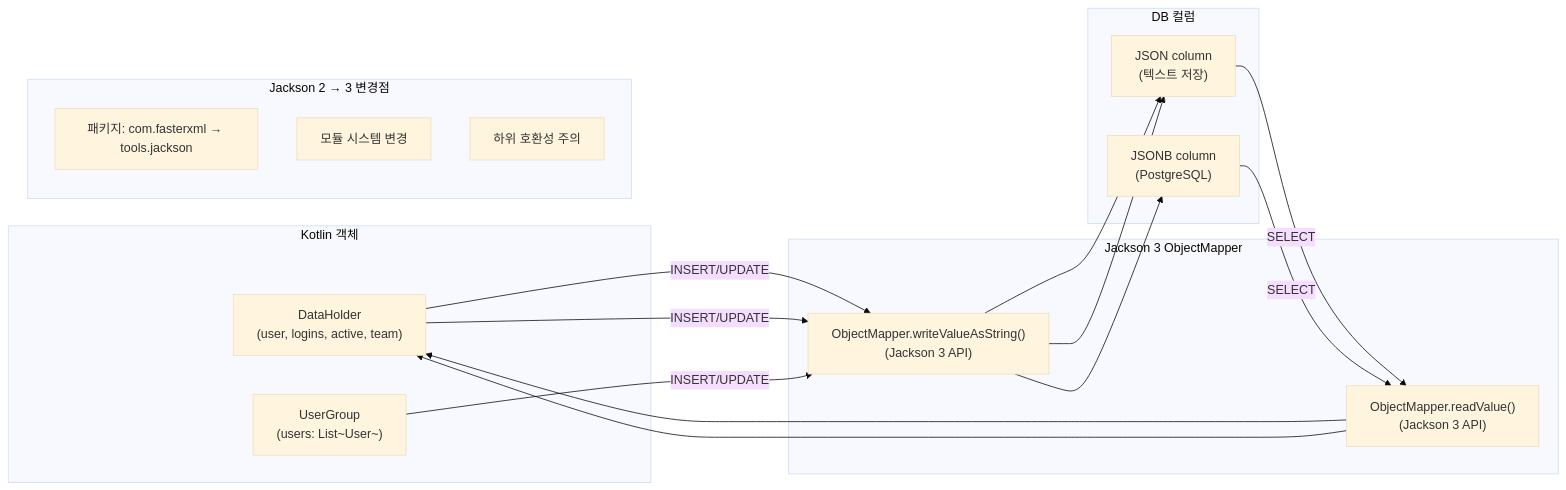
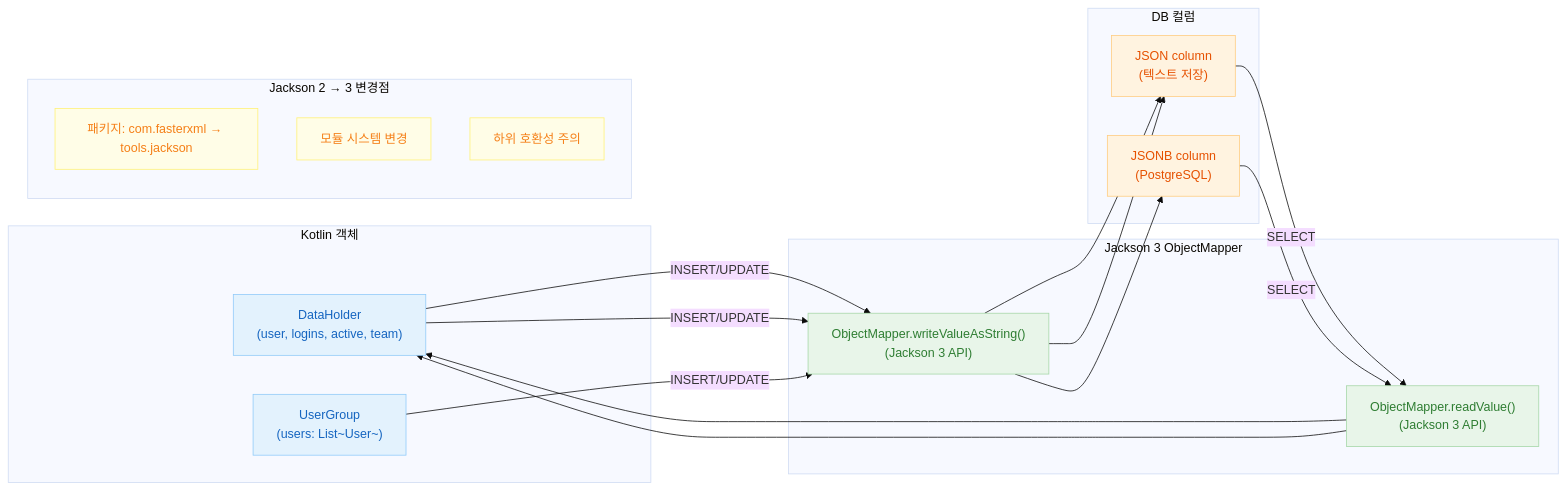
The diagram in 06-advanced/11-exposed-jackson3/README.md (bluetape4k/exposed-workshop), drawn with Mermaid (base theme) before and after one commit. The commit also changed 56 other files, not shown here.

First line of the commit message:
docs: 전체 README mermaid 다이어그램에 파스텔 톤 색상 적용

````diff
--- a/06-advanced/11-exposed-jackson3/README.md
+++ b/06-advanced/11-exposed-jackson3/README.md
@@ -17,29 +17,39 @@
 ```mermaid
 flowchart LR
     subgraph KotlinObj["Kotlin 객체"]
         DH["DataHolder\n(user, logins, active, team)"]
         UG["UserGroup\n(users: List~User~)"]
     end
 
     subgraph Jackson3["Jackson 3 ObjectMapper"]
         SER["ObjectMapper.writeValueAsString()\n(Jackson 3 API)"]
         DESER["ObjectMapper.readValue()\n(Jackson 3 API)"]
     end
 
     subgraph DBCol["DB 컬럼"]
         JCOL["JSON column\n(텍스트 저장)"]
         JBCOL["JSONB column\n(PostgreSQL)"]
     end
 
     DH -->|INSERT/UPDATE| SER --> JCOL
     DH -->|INSERT/UPDATE| SER --> JBCOL
     JCOL -->|SELECT| DESER --> DH
     JBCOL -->|SELECT| DESER --> DH
     UG -->|INSERT/UPDATE| SER --> JCOL
 
     subgraph Migration["Jackson 2 → 3 변경점"]
         PKG["패키지: com.fasterxml → tools.jackson"]
         MOD["모듈 시스템 변경"]
         COMPAT["하위 호환성 주의"]
     end
+
+    classDef blue fill:#E3F2FD,stroke:#90CAF9,color:#1565C0
+    classDef green fill:#E8F5E9,stroke:#A5D6A7,color:#2E7D32
+    classDef orange fill:#FFF3E0,stroke:#FFCC80,color:#E65100
+    classDef yellow fill:#FFFDE7,stroke:#FFF176,color:#F57F17
+
+    class DH,UG blue
+    class SER,DESER green
+    class JCOL,JBCOL orange
+    class PKG,MOD,COMPAT yellow
 ```
````
